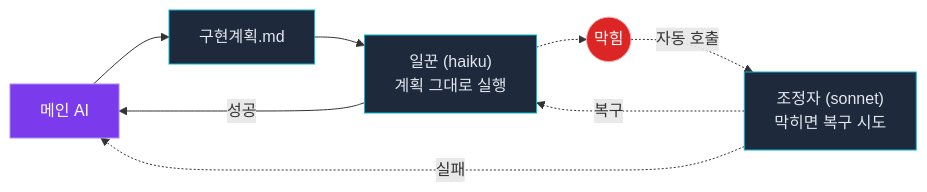
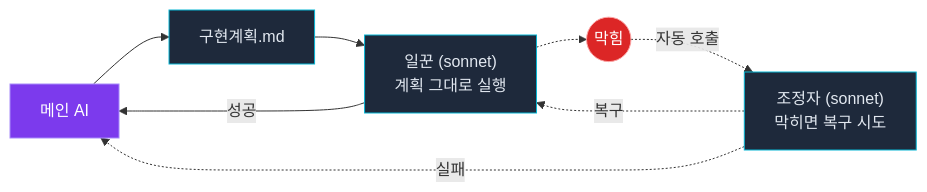
One commit to LonerStayle/js-super changed the seventh of 7 diagrams in README.md. Above: the diagram before and after it, drawn with Mermaid. The commit also changed other lines of this file and 11 other files, not shown here.

````diff
--- a/README.md
+++ b/README.md
@@ -715,19 +715,19 @@
 ```mermaid
 flowchart LR
     classDef main fill:#7c3aed,stroke:#a78bfa,color:#fff
     classDef sub fill:#1e293b,stroke:#06b6d4,color:#e2e8f0
     classDef block fill:#dc2626,stroke:#fca5a5,color:#fff
 
     M[메인 AI]:::main
     P[구현계획.md]:::sub
-    I["일꾼 (haiku)<br/>계획 그대로 실행"]:::sub
+    I["일꾼 (sonnet)<br/>계획 그대로 실행"]:::sub
     R["조정자 (sonnet)<br/>막히면 복구 시도"]:::sub
     B((막힘)):::block
 
     M --> P --> I
     I -->|성공| M
     I -.-> B
     B -.->|자동 호출| R
     R -.->|복구| I
     R -.->|실패| M
 ```
````
